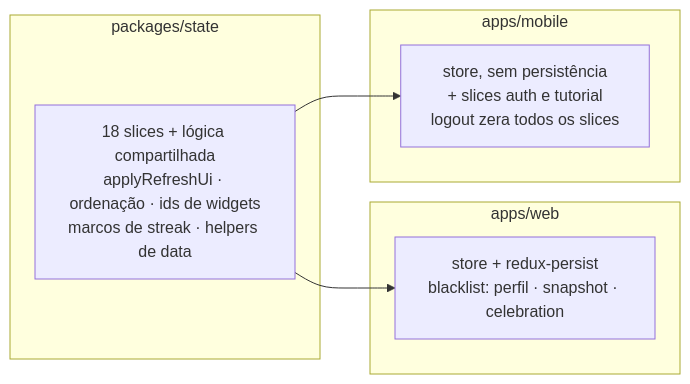
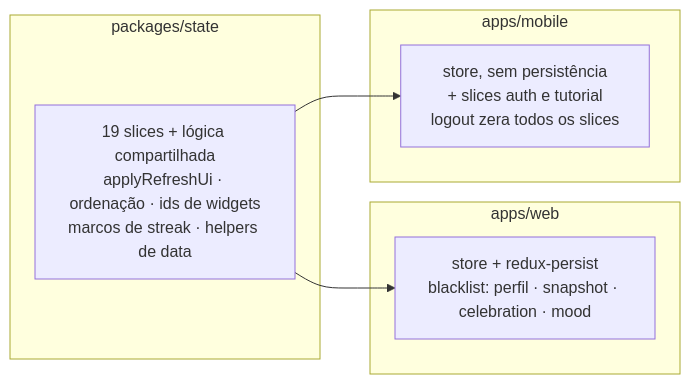
One commit to AndDev741/Beyou-arch-design changed the first of 2 diagrams in architecture/redux-data/pt.md. Above: the diagram before and after it, drawn with Mermaid. The commit also changed other lines of this file and 15 other files, not shown here.

````diff
--- a/architecture/redux-data/pt.md
+++ b/architecture/redux-data/pt.md
@@ -12,17 +12,17 @@
 ```mermaid
 flowchart LR
   subgraph pkg["packages/state"]
-    SLICES["18 slices + lógica compartilhada<br/>applyRefreshUi · ordenação · ids de widgets<br/>marcos de streak · helpers de data"]
+    SLICES["19 slices + lógica compartilhada<br/>applyRefreshUi · ordenação · ids de widgets<br/>marcos de streak · helpers de data"]
   end
 
   subgraph web["apps/web"]
-    WSTORE["store + redux-persist<br/>blacklist: perfil · snapshot · celebration"]
+    WSTORE["store + redux-persist<br/>blacklist: perfil · snapshot · celebration · mood"]
   end
 
   subgraph mobile["apps/mobile"]
     MSTORE["store, sem persistência<br/>+ slices auth e tutorial<br/>logout zera todos os slices"]
   end
 
   SLICES --> WSTORE
   SLICES --> MSTORE
 ```
````
